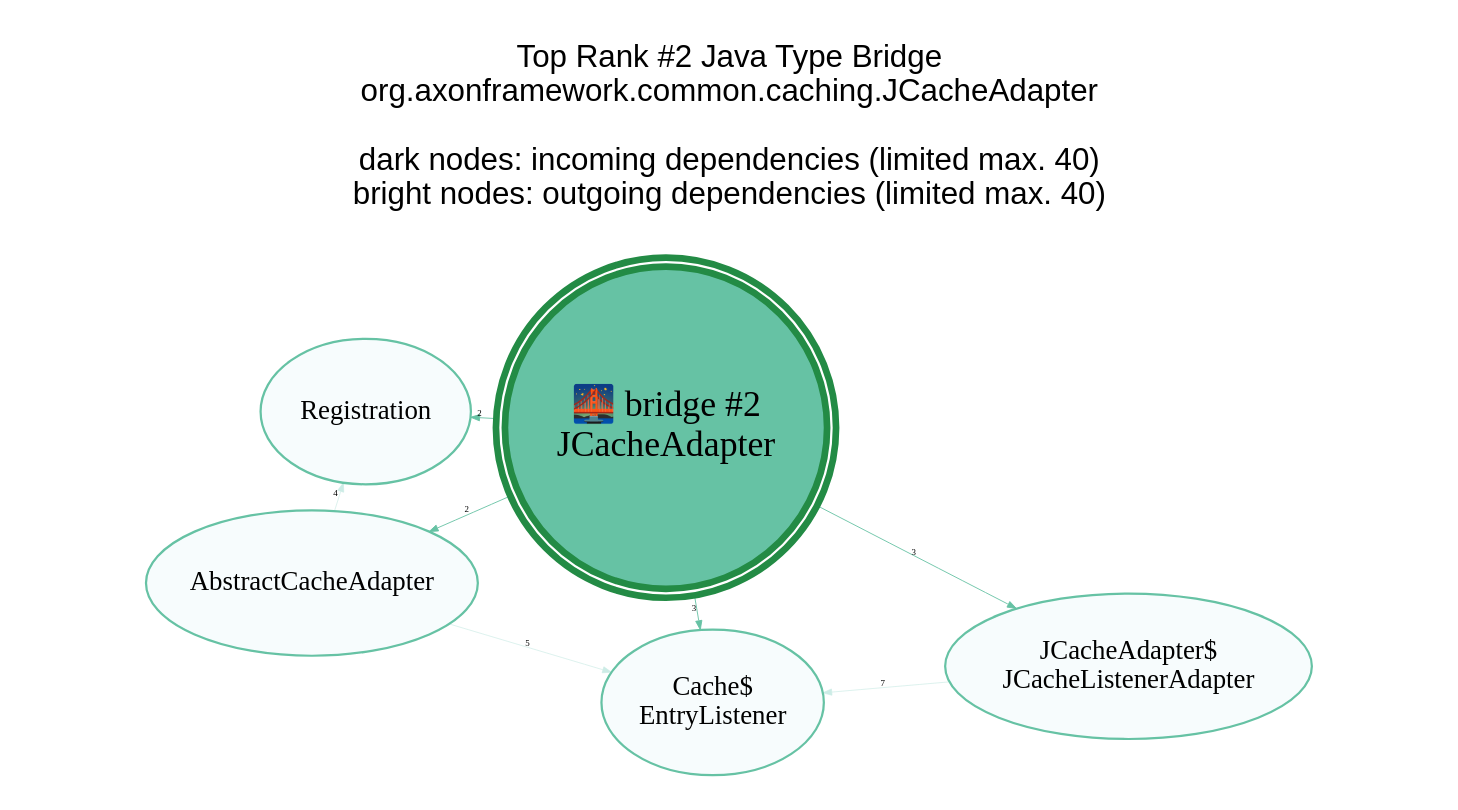
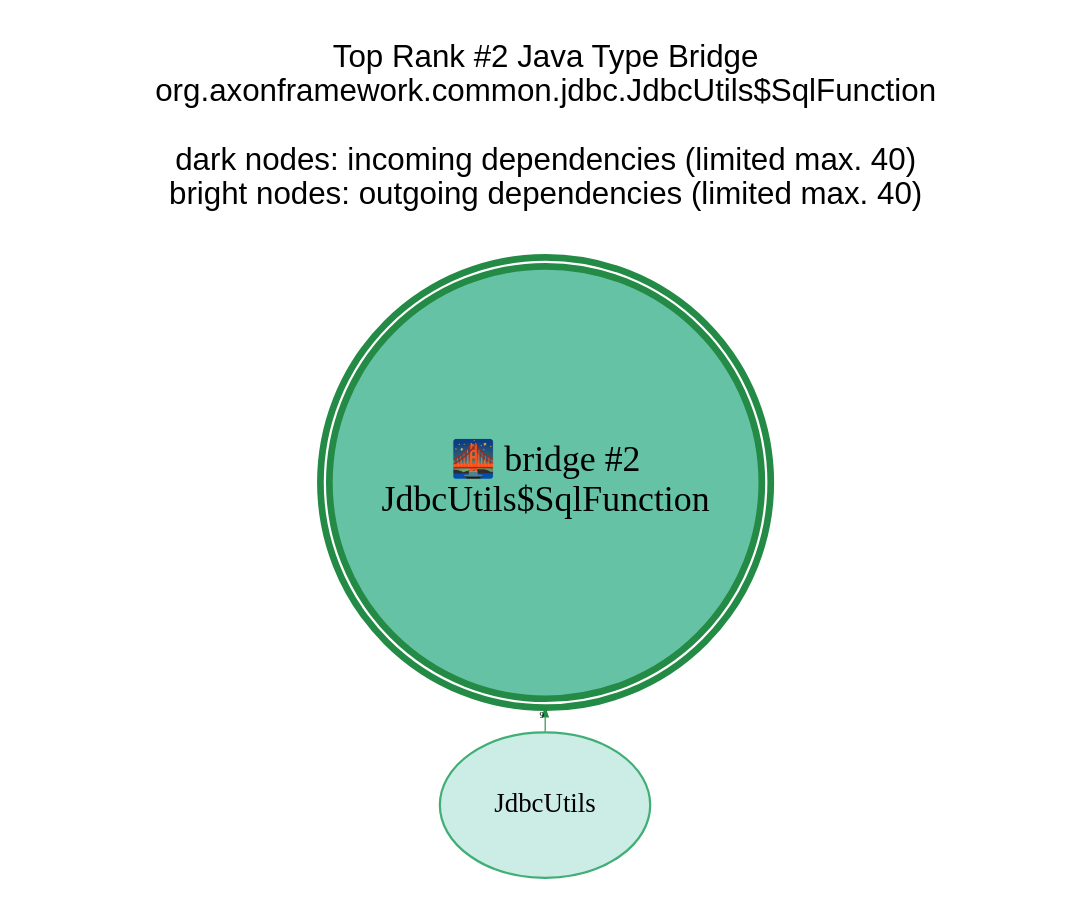
The diagram in analysis-results/AxonFramework/latest/anomaly-detection/Java_Type/GraphVisualizations/graphviz/TopBridge2.gv (JohT/code-graph-analysis-examples), drawn with Graphviz before and after one commit. The commit also changed 513 other files, not shown here.

```diff
--- a/analysis-results/AxonFramework/latest/anomaly-detection/Java_Type/GraphVisualizations/graphviz/TopBridge2.gv
+++ b/analysis-results/AxonFramework/latest/anomaly-detection/Java_Type/GraphVisualizations/graphviz/TopBridge2.gv
@@ -1,24 +1,18 @@
 // This GraphViz dot file was generated by the script convertQueryResultCsvToGraphVizDotFile.sh with TopCentral.template
 
 strict digraph TopBridge2 {
     graph [layout = "fdp"; start = "7"; splines = "spline"; pad = "0.8,0.1"; outputorder = "edgesfirst";];
     graph [fontname = "Helvetica,Arial,sans-serif"; labelloc = "t";];
     node [colorscheme = "bugn9"; color = 6; fillcolor = 3;];
     edge [colorscheme = "bugn9"; color = 7;];
     node [fontsize = 12; style = "filled"; margin = "0.03,0.03"; width="1.3"; height="0.9";];
     edge [fontsize = 4; arrowsize = "0.4";];
 
     central [shape = "doublecircle"; height = "2.0"; margin = "0.000001,0.000001";];
     central [fontsize = 16;];
     central [color = 7; fillcolor = 5; penwidth = 3;];
 
-	graph   [label="Top Rank #2 Java Type Bridge\norg.axonframework.common.caching.JCacheAdapter\n\ndark nodes: incoming dependencies (limited max. 40)\nbright nodes: outgoing dependencies (limited max. 40)\n\n"];
-	central [label="🌉 bridge #2\nJCacheAdapter"];
-	"Cache$EntryListener_34497" [label = "Cache$\nEntryListener"; color = 5; fillcolor = 1; ]; central -> "Cache$EntryListener_34497" [label=3; weight=3; penwidth=0.4; color = 5];
-	"JCacheAdapter$JCacheListenerAdapter_34475" [label = "JCacheAdapter$\nJCacheListenerAdapter"; color = 5; fillcolor = 1; ]; central -> "JCacheAdapter$JCacheListenerAdapter_34475" [label=3; weight=3; penwidth=0.4; color = 5];
-	"AbstractCacheAdapter_34474" [label = "AbstractCacheAdapter"; color = 5; fillcolor = 1; ]; central -> "AbstractCacheAdapter_34474" [label=2; weight=2; penwidth=0.4; color = 5];
-	"Registration_34496" [label = "Registration"; color = 5; fillcolor = 1; ]; central -> "Registration_34496" [label=2; weight=2; penwidth=0.4; color = 5];
-	"JCacheAdapter$JCacheListenerAdapter_34475" -> "Cache$EntryListener_34497" [label=7; weight=7; penwidth=0.3; color = 3]
-	"AbstractCacheAdapter_34474" -> "Cache$EntryListener_34497" [label=5; weight=5; penwidth=0.3; color = 3]
-	"AbstractCacheAdapter_34474" -> "Registration_34496" [label=4; weight=4; penwidth=0.3; color = 3]
+	graph   [label="Top Rank #2 Java Type Bridge\norg.axonframework.common.jdbc.JdbcUtils$SqlFunction\n\ndark nodes: incoming dependencies (limited max. 40)\nbright nodes: outgoing dependencies (limited max. 40)\n\n"];
+	central [label="🌉 bridge #2\nJdbcUtils$SqlFunction"];
+	"JdbcUtils_33443" [label = "JdbcUtils"; ]; "JdbcUtils_33443" -> central [label=9; weight=9; penwidth=0.5];
 }
```
